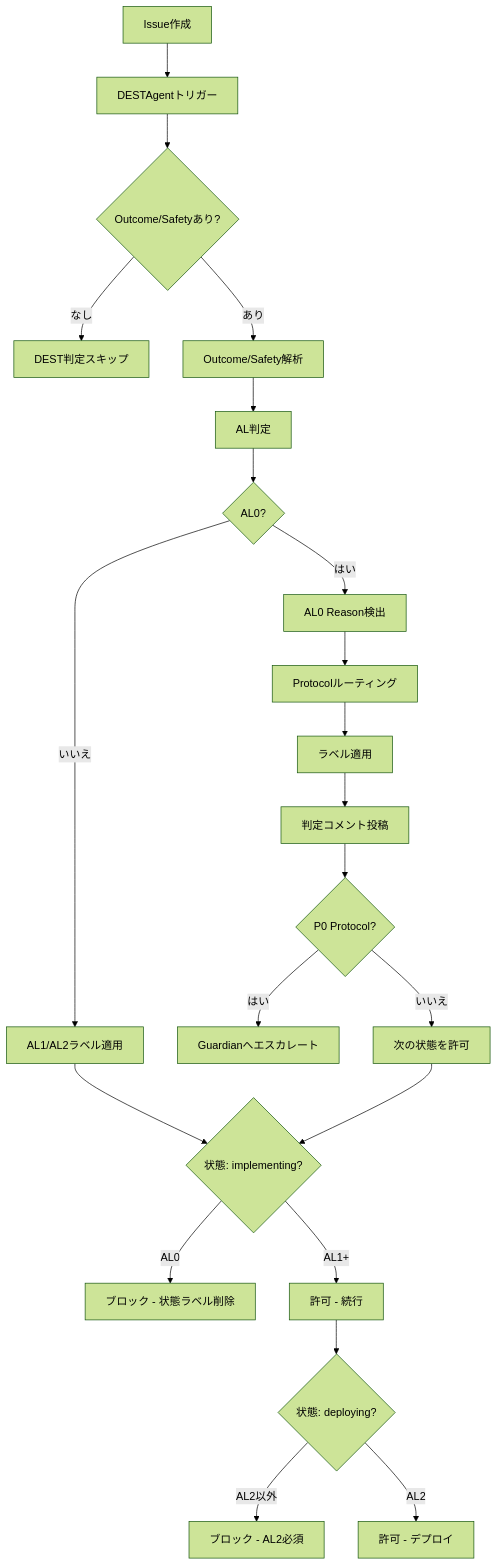
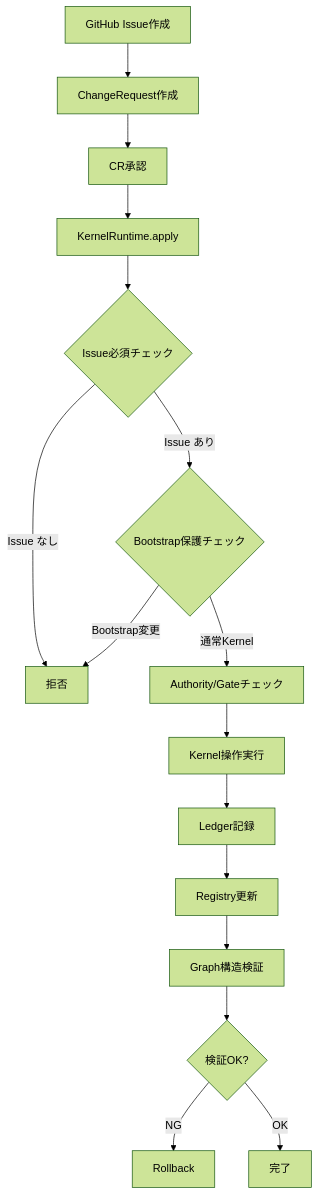
The diagram in README.md (sawadari/luna), drawn with Mermaid (forest theme) before and after one commit. The commit also changed other lines of this file and 51 other files, not shown here.

First line of the commit message:
feat: Implement Issue #40 - Rules Configuration & Phase A-C Core Architecture

````diff
--- a/README.md
+++ b/README.md
@@ -271,26 +419,18 @@
 ```mermaid
 graph TD
-    A[Issue作成] --> B[DESTAgentトリガー]
-    B --> C{Outcome/Safetyあり?}
-    C -->|なし| D[DEST判定スキップ]
-    C -->|あり| E[Outcome/Safety解析]
-    E --> F[AL判定]
-    F --> G{AL0?}
-    G -->|いいえ| H[AL1/AL2ラベル適用]
-    G -->|はい| I[AL0 Reason検出]
-    I --> J[Protocolルーティング]
-    J --> K[ラベル適用]
-    K --> L[判定コメント投稿]
-    L --> M{P0 Protocol?}
-    M -->|はい| N[Guardianへエスカレート]
-    M -->|いいえ| O[次の状態を許可]
-
-    H --> P{状態: implementing?}
-    O --> P
-    P -->|AL0| Q[ブロック - 状態ラベル削除]
-    P -->|AL1+| R[許可 - 続行]
-
-    R --> S{状態: deploying?}
-    S -->|AL2以外| T[ブロック - AL2必須]
-    S -->|AL2| U[許可 - デプロイ]
+    A[GitHub Issue作成] --> B[ChangeRequest作成]
+    B --> C[CR承認]
+    C --> D[KernelRuntime.apply]
+    D --> E{Issue必須チェック}
+    E -->|Issue なし| F[拒否]
+    E -->|Issue あり| G{Bootstrap保護チェック}
+    G -->|Bootstrap変更| F
+    G -->|通常Kernel| H[Authority/Gateチェック]
+    H --> I[Kernel操作実行]
+    I --> J[Ledger記録]
+    J --> K[Registry更新]
+    K --> L[Graph構造検証]
+    L --> M{検証OK?}
+    M -->|NG| N[Rollback]
+    M -->|OK| O[完了]
 ```
````
